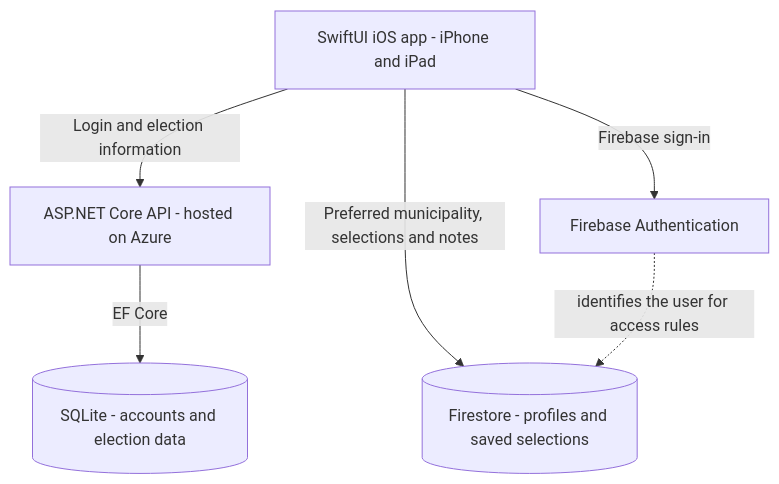
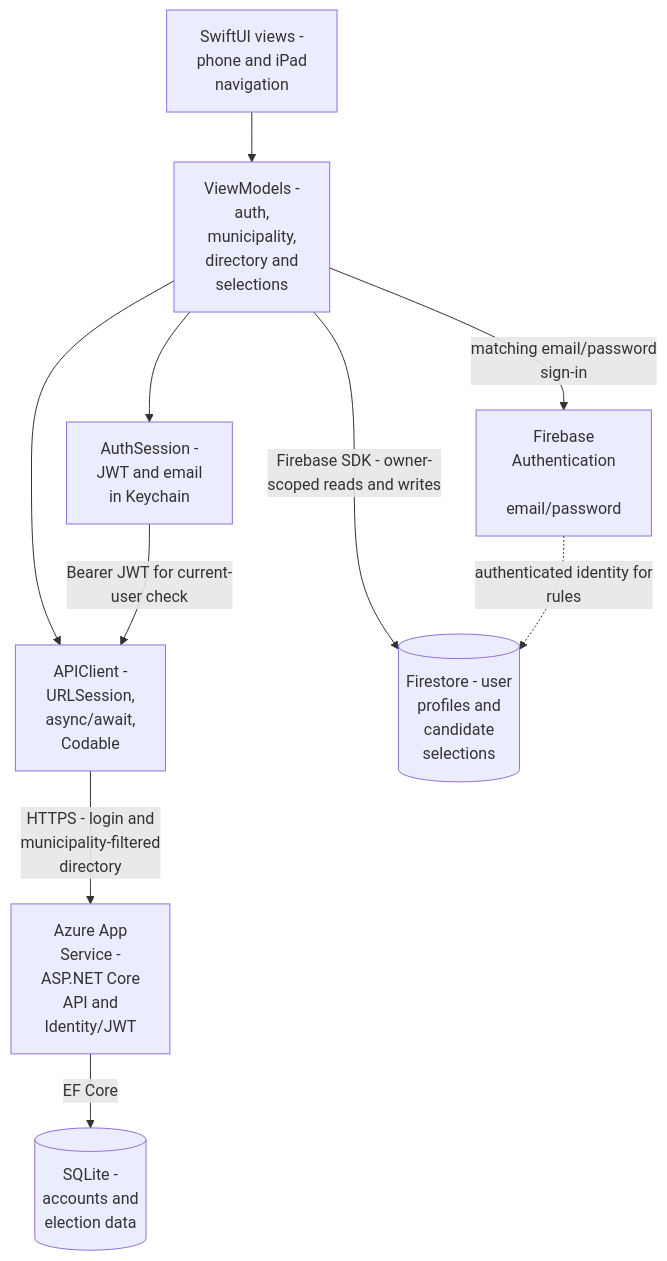
One commit to Bardia258/Assignment2-term4 changed the diagram in COMP4977-MunicipalElections-iOS/docs/architecture/ARCHITECTURE.md. Above: the diagram before and after it, drawn with Mermaid. The commit also changed other lines of this file, not shown here.

````diff
--- a/COMP4977-MunicipalElections-iOS/docs/architecture/ARCHITECTURE.md
+++ b/COMP4977-MunicipalElections-iOS/docs/architecture/ARCHITECTURE.md
@@ -6,14 +6,21 @@
 ```mermaid
 flowchart TD
-    App["SwiftUI iOS app - iPhone and iPad"]
-    Api["ASP.NET Core API - hosted on Azure"]
-    Sqlite[("SQLite - accounts and election data")]
-    Auth["Firebase Authentication"]
-    Firestore[("Firestore - profiles and saved selections")]
+    Views["SwiftUI views -<br/>phone and iPad<br/>navigation"]
+    VM["ViewModels -<br/>auth,<br/>municipality,<br/>directory and<br/>selections"]
+    Client["APIClient -<br/>URLSession,<br/>async/await,<br/>Codable"]
+    Session["AuthSession -<br/>JWT and email<br/>in Keychain"]
+    Api["Azure App<br/>Service -<br/>ASP.NET Core<br/>API and<br/>Identity/JWT"]
+    Sqlite[("SQLite -<br/>accounts and<br/>election data")]
+    Auth["Firebase<br/>Authentication<br/><br/>email/password"]
+    Firestore[("Firestore - user<br/>profiles and<br/>candidate<br/>selections")]
 
-    App -->|Login and election information| Api
+    Views --> VM
+    VM --> Client
+    VM --> Session
+    Session -->|"Bearer JWT for current-<br/>user check"| Client
+    Client -->|"HTTPS - login and<br/>municipality-filtered<br/>directory"| Api
     Api -->|EF Core| Sqlite
-    App -->|Firebase sign-in| Auth
-    App -->|Preferred municipality, selections and notes| Firestore
-    Auth -. identifies the user for access rules .-> Firestore
+    VM -->|"matching email/password<br/>sign-in"| Auth
+    VM -->|"Firebase SDK - owner-<br/>scoped reads and writes"| Firestore
+    Auth -. "authenticated identity for<br/>rules" .-> Firestore
 ```
````
